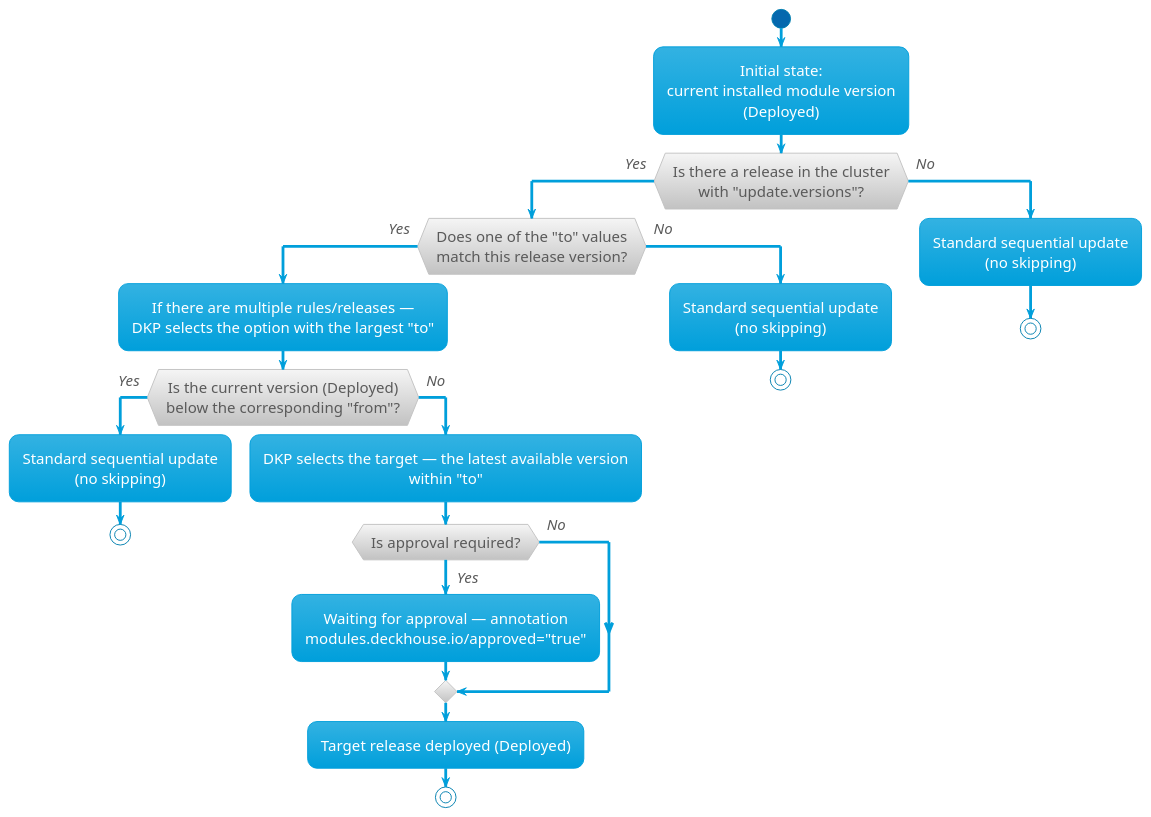
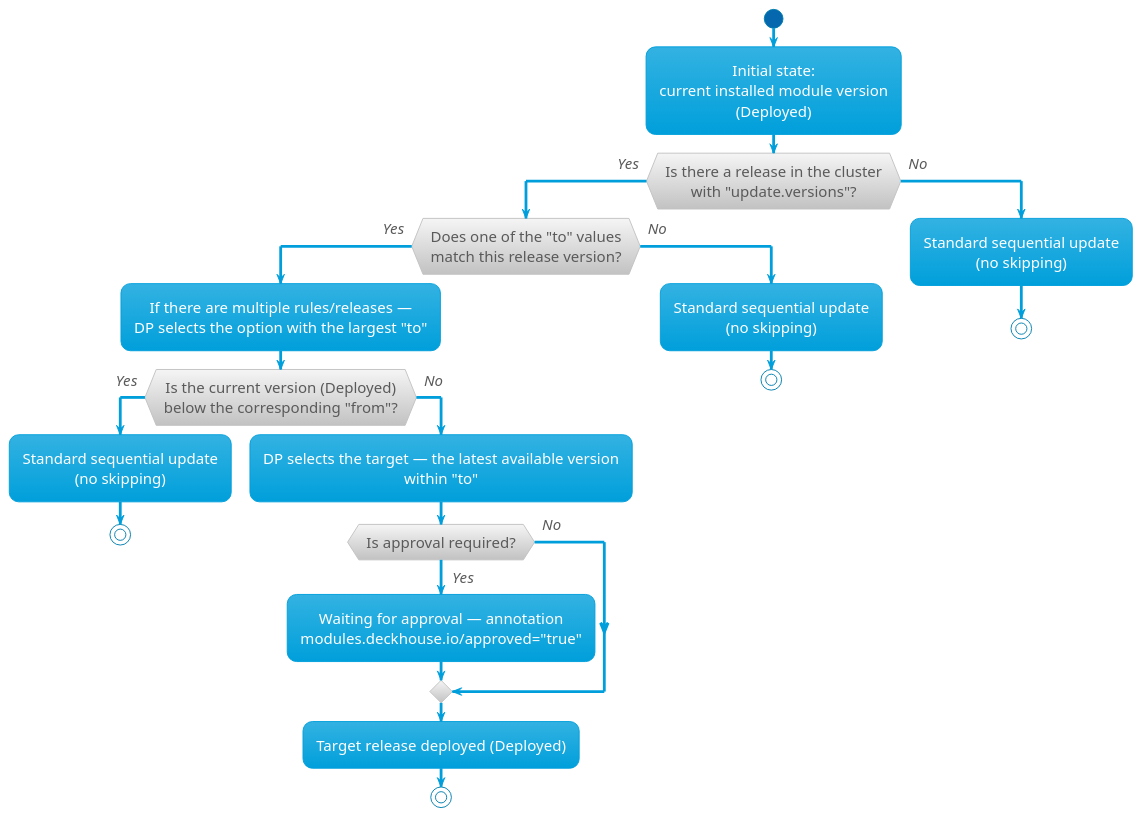
The diagram in docs/documentation/images/architecture/module-development/from_to.puml (deckhouse/deckhouse), drawn with PlantUML before and after one commit. The commit also changed 1043 other files, not shown here.

```diff
--- a/docs/documentation/images/architecture/module-development/from_to.puml
+++ b/docs/documentation/images/architecture/module-development/from_to.puml
@@ -1,37 +1,37 @@
 @startuml
 !theme bluegray
 skinparam DefaultFontSize 16
 skinparam ArrowFontStyle italic
 skinparam DefaultTextAlignment center
 skinparam backgroundColor transparent
 skinparam Shadowing false
 
 start
 
 :Initial state:\ncurrent installed module version\n(Deployed);
 
 if (Is there a release in the cluster\nwith "update.versions"?) then (Yes)
   if (Does one of the "to" values\nmatch this release version?) then (Yes)
-    :If there are multiple rules/releases —\nDKP selects the option with the largest "to";
+    :If there are multiple rules/releases —\nDP selects the option with the largest "to";
     if (Is the current version (Deployed)\nbelow the corresponding "from"?) then (Yes)
       :Standard sequential update\n(no skipping);
       stop
     else (No)
-      :DKP selects the target — the latest available version\nwithin "to";
+      :DP selects the target — the latest available version\nwithin "to";
       if (Is approval required?) then (Yes)
         :Waiting for approval — annotation\nmodules.deckhouse.io/approved="true";
       else (No)
       endif
       :Target release deployed (Deployed);
       stop
     endif
   else (No)
     :Standard sequential update\n(no skipping);
     stop
   endif
 else (No)
   :Standard sequential update\n(no skipping);
   stop
 endif
 
 @enduml
```
